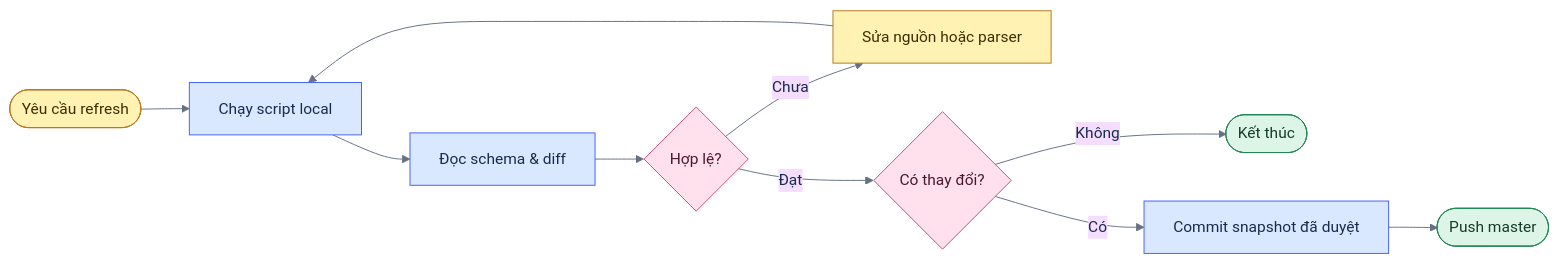
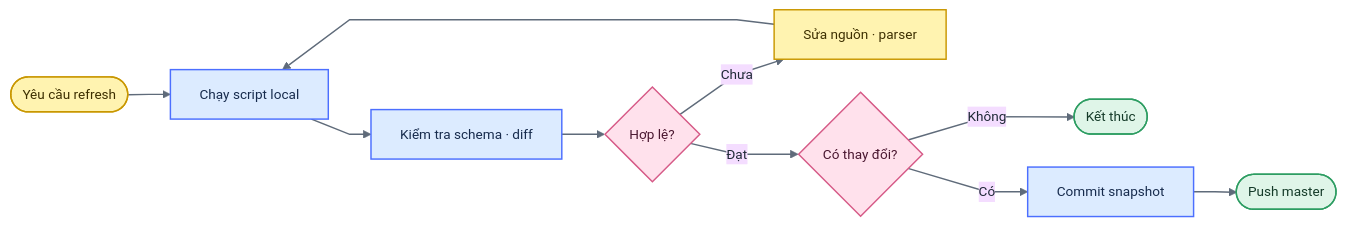
The third of 3 diagrams in README.md (thangldw/thangldw.github.io), drawn with Mermaid before and after one commit. The commit also changed other lines of this file and 7 other files, not shown here.

Commit message:
docs: clean repository guides and diagrams

````diff
--- a/README.md
+++ b/README.md
@@ -129,23 +123,23 @@
 ```mermaid
-%%{init: {"theme":"base","themeVariables":{"fontFamily":"Inter, Arial, sans-serif","lineColor":"#667085","primaryTextColor":"#172B4D"}}}%%
+%%{init: {"theme":"base","flowchart":{"curve":"linear","nodeSpacing":34,"rankSpacing":44},"themeVariables":{"fontFamily":"Inter, Arial, sans-serif","fontSize":"14px","lineColor":"#5F6B7A","primaryTextColor":"#1F2937","clusterBkg":"#FFFFFF","clusterBorder":"#CBD5E1"}}}%%
 flowchart LR
   Request(["Yêu cầu refresh"]) --> Fetch["Chạy script local"]
-  Fetch --> Inspect["Đọc schema & diff"]
+  Fetch --> Inspect["Kiểm tra schema · diff"]
   Inspect --> Valid{"Hợp lệ?"}
-  Valid -->|"Chưa"| Fix["Sửa nguồn hoặc parser"]
-  Fix --> Fetch
+  Valid -->|"Chưa"| Repair["Sửa nguồn · parser"]
+  Repair --> Fetch
   Valid -->|"Đạt"| Changed{"Có thay đổi?"}
   Changed -->|"Không"| Stop(["Kết thúc"])
-  Changed -->|"Có"| Commit["Commit snapshot đã duyệt"]
+  Changed -->|"Có"| Commit["Commit snapshot"]
   Commit --> Publish(["Push master"])
 
-  classDef yellow fill:#FFF2B2,stroke:#B7791F,color:#3B2F00,stroke-width:1px;
-  classDef blue fill:#D9E8FF,stroke:#4262FF,color:#172B4D,stroke-width:1px;
-  classDef green fill:#DDF5E7,stroke:#238653,color:#153B29,stroke-width:1px;
-  classDef pink fill:#FFE0EC,stroke:#C94F7C,color:#4A1730,stroke-width:1px;
-  class Request yellow;
-  class Fetch,Inspect,Commit blue;
-  class Valid,Changed pink;
-  class Fix yellow;
-  class Stop,Publish green;
+  classDef stickyYellow fill:#FFF3B0,stroke:#C99700,color:#3D2F00,stroke-width:1.5px;
+  classDef stickyBlue fill:#DCEBFF,stroke:#4C6FFF,color:#172B4D,stroke-width:1.5px;
+  classDef stickyPink fill:#FFE1EC,stroke:#D65A87,color:#4A1730,stroke-width:1.5px;
+  classDef stickyGreen fill:#DFF5E8,stroke:#2D9D62,color:#153B29,stroke-width:1.5px;
+  class Request,Repair stickyYellow;
+  class Fetch,Inspect,Commit stickyBlue;
+  class Valid,Changed stickyPink;
+  class Stop,Publish stickyGreen;
+  linkStyle default stroke:#5F6B7A,stroke-width:1.5px;
 ```
````
